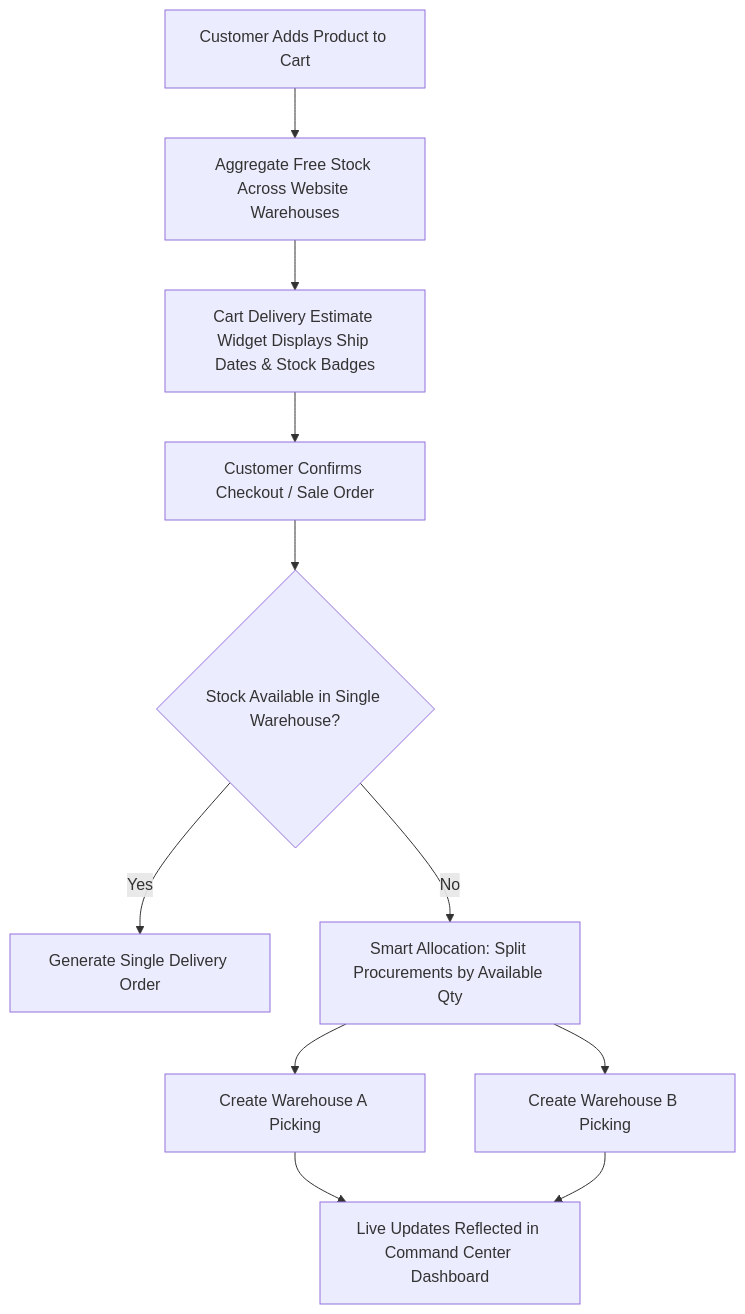
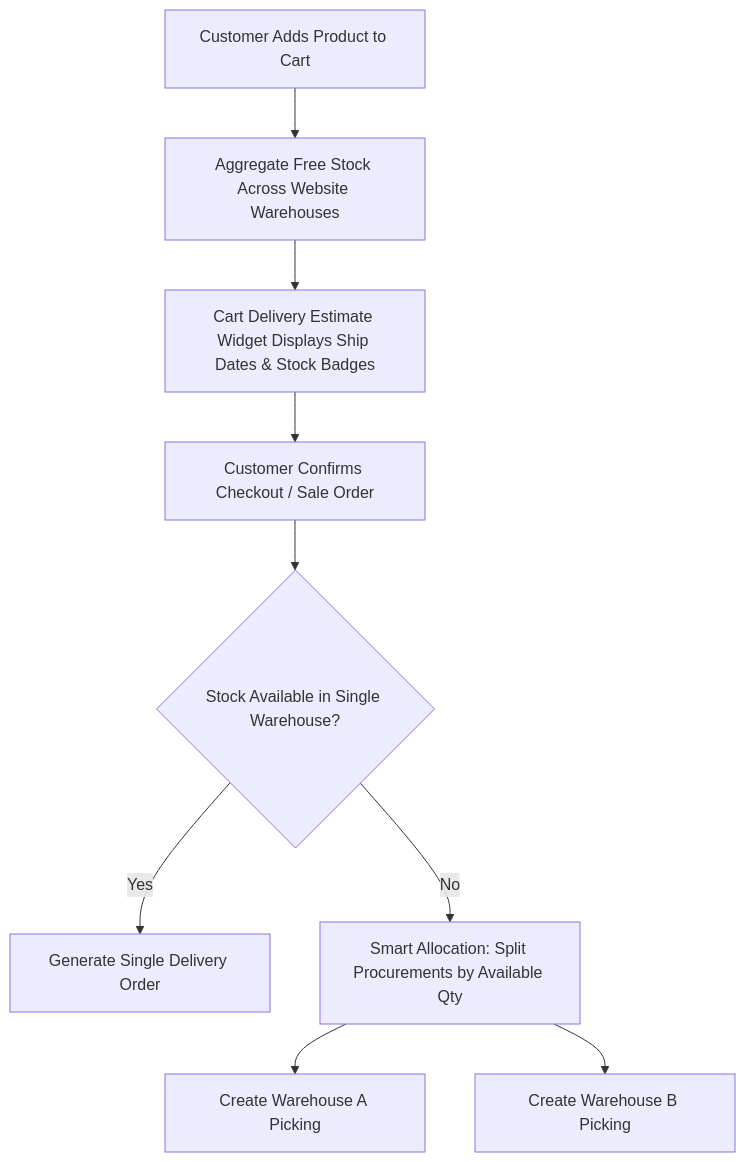
The diagram in README.md (sujalmansuri1/2302031800117-MINORPROJECT), drawn with Mermaid before and after one commit. The commit also changed other lines of this file and 10 other files, not shown here.

Commit message:
refactor: remove warehouse command center dashboard and kanban feature

````diff
--- a/README.md
+++ b/README.md
@@ -50,12 +31,11 @@
 ```mermaid
 graph TD
     A[Customer Adds Product to Cart] --> B[Aggregate Free Stock Across Website Warehouses]
     B --> C[Cart Delivery Estimate Widget Displays Ship Dates & Stock Badges]
     C --> D[Customer Confirms Checkout / Sale Order]
     D --> E{Stock Available in Single Warehouse?}
     E -- Yes --> F[Generate Single Delivery Order]
     E -- No --> G[Smart Allocation: Split Procurements by Available Qty]
     G --> H[Create Warehouse A Picking]
     G --> I[Create Warehouse B Picking]
-    H & I --> J[Live Updates Reflected in Command Center Dashboard]
 ```
````
